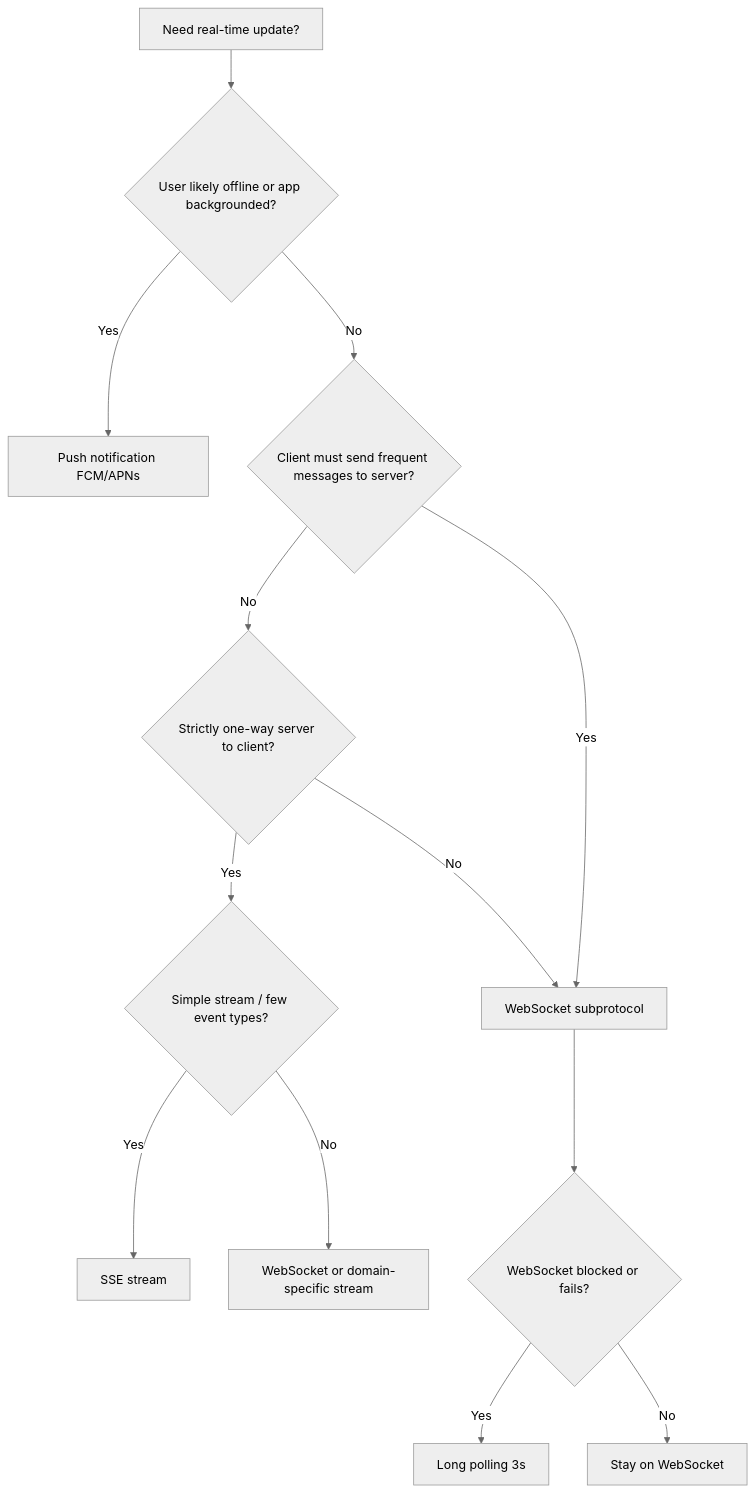
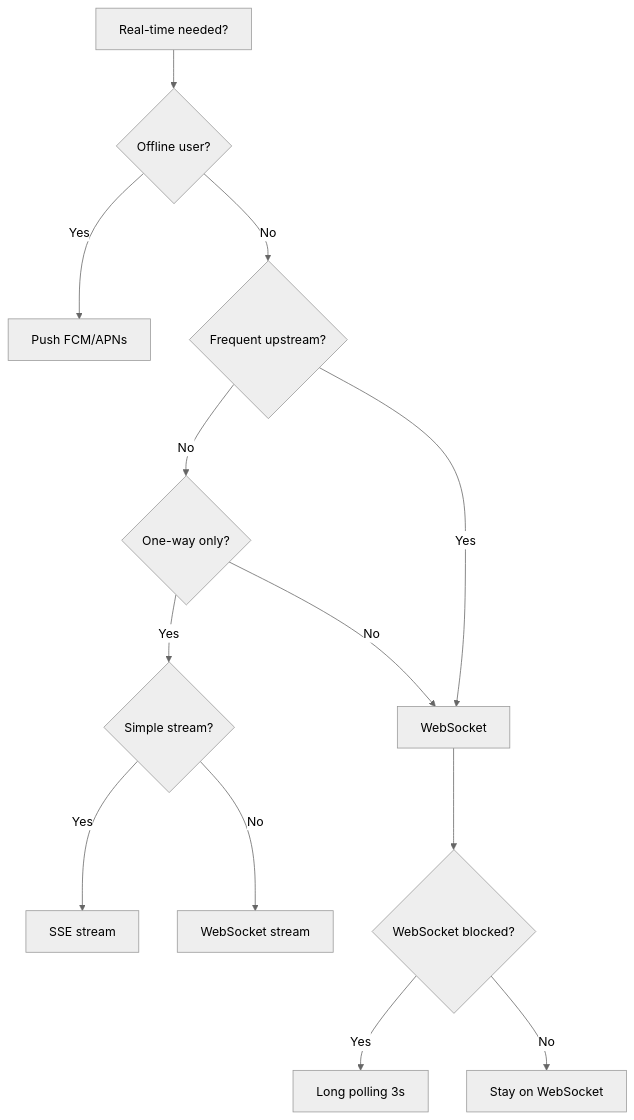
One commit to rishikeshdhokare/platform-manifesto changed the first of 7 diagrams in 02-architecture-and-api/04-real-time-architecture.md. Above: the diagram before and after it, drawn with Mermaid (neutral theme). The commit also changed other lines of this file and 12 other files, not shown here.

First line of the commit message:
fix: refactor Mermaid diagrams for compliance (#135)

````diff
--- a/02-architecture-and-api/04-real-time-architecture.md
+++ b/02-architecture-and-api/04-real-time-architecture.md
@@ -40,15 +40,15 @@
 ```mermaid
 flowchart TD
-    A[Need real-time update?] --> B{User likely offline or app backgrounded?}
-    B -->|Yes| C[Push notification FCM/APNs]
-    B -->|No| D{Client must send frequent messages to server?}
-    D -->|Yes| E[WebSocket subprotocol]
-    D -->|No| F{Strictly one-way server to client?}
-    F -->|Yes| G{Simple stream / few event types?}
+    A[Real-time needed?] --> B{Offline user?}
+    B -->|Yes| C[Push FCM/APNs]
+    B -->|No| D{Frequent upstream?}
+    D -->|Yes| E[WebSocket]
+    D -->|No| F{One-way only?}
+    F -->|Yes| G{Simple stream?}
     G -->|Yes| H[SSE stream]
-    G -->|No| I[WebSocket or domain-specific stream]
+    G -->|No| I[WebSocket stream]
     F -->|No| E
-    E --> J{WebSocket blocked or fails?}
+    E --> J{WebSocket blocked?}
     J -->|Yes| K[Long polling 3s]
     J -->|No| L[Stay on WebSocket]
 ```
````
